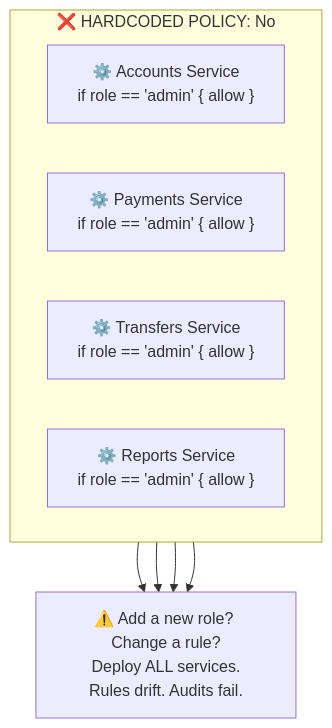
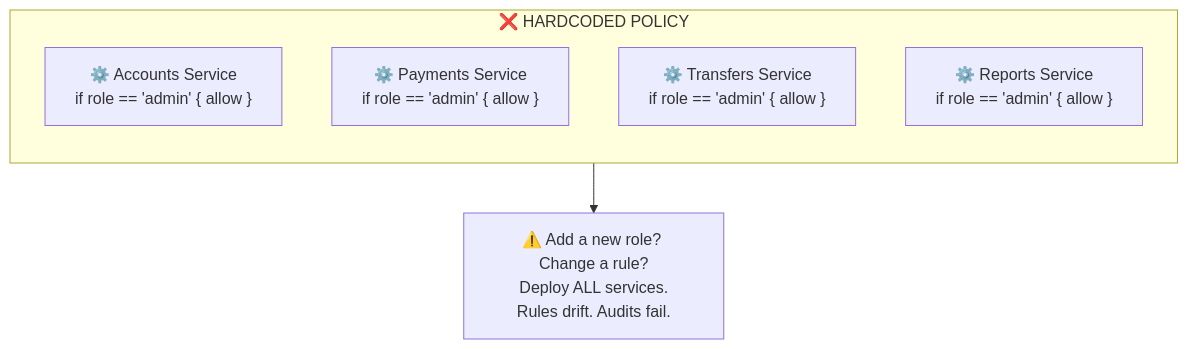
One commit to romangurevitch/GoTraining changed the first of 8 diagrams in internal/fundamentals/security-and-observability/02-policy-as-code.md. Above: the diagram before and after it, drawn with Mermaid. The commit also changed other lines of this file and 20 other files, not shown here.

````diff
--- a/internal/fundamentals/security-and-observability/02-policy-as-code.md
+++ b/internal/fundamentals/security-and-observability/02-policy-as-code.md
@@ -7,17 +7,14 @@
 ```mermaid
-graph TB
-    subgraph Nightmare["❌ HARDCODED POLICY: No"]
-        direction LR
+graph TD
+    subgraph Nightmare["❌ HARDCODED POLICY"]
+        direction TB
         S1["⚙️ Accounts Service<br/>if role == 'admin' { allow }"]
         S2["⚙️ Payments Service<br/>if role == 'admin' { allow }"]
         S3["⚙️ Transfers Service<br/>if role == 'admin' { allow }"]
         S4["⚙️ Reports Service<br/>if role == 'admin' { allow }"]
     end
 
     PROBLEM["⚠️ Add a new role? Change a rule?<br/>Deploy ALL services.<br/>Rules drift. Audits fail."]
 
-    S1 --> PROBLEM
-    S2 --> PROBLEM
-    S3 --> PROBLEM
-    S4 --> PROBLEM
+    Nightmare --> PROBLEM
 ```
````
